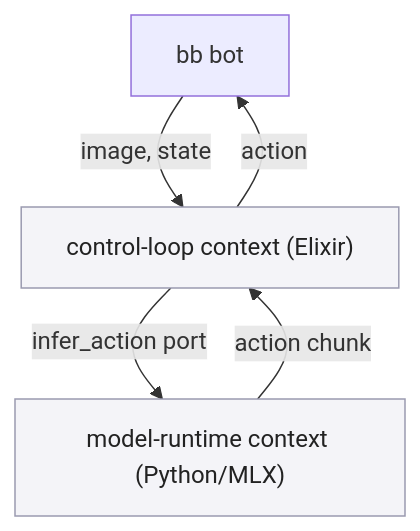
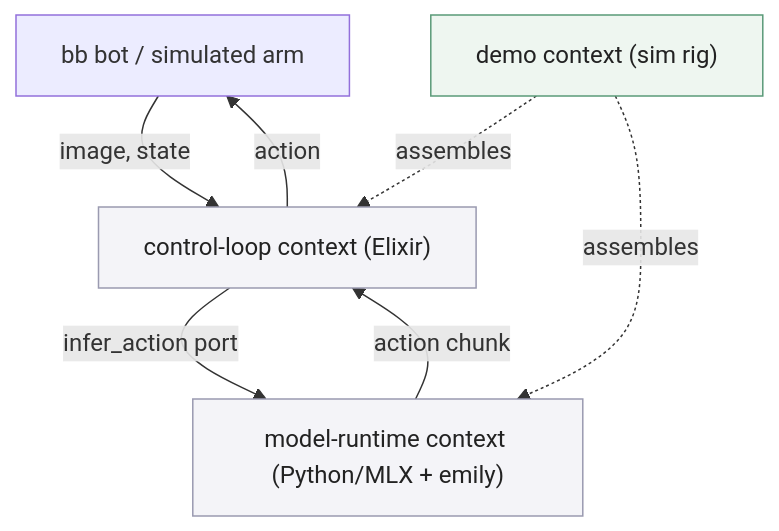
Before and after one commit to lostbean/smolVLA-mlx: the diagram in docs/design/design.md, drawn with Mermaid. The commit also changed other lines of this file and 21 other files, not shown here.

````diff
--- a/docs/design/design.md
+++ b/docs/design/design.md
@@ -185,17 +167,23 @@
 ```mermaid
 graph TD
-    Bot["bb bot"]
+    Bot["bb bot / simulated arm"]
+    Demo["demo context (sim rig)"]
     CL["control-loop context (Elixir)"]
-    MR["model-runtime context (Python/MLX)"]
+    MR["model-runtime context (Python/MLX + emily)"]
 
     Bot -->|image, state| CL
     CL -->|infer_action port| MR
     MR -->|action chunk| CL
     CL -->|action| Bot
+    Demo -.->|assembles| CL
+    Demo -.->|assembles| MR
 
     click CL "control-loop/design.md"
     click MR "model-runtime/design.md"
+    click Demo "demo/design.md"
 
     classDef ctx fill:#f4f4f8,stroke:#9a9ab0,color:#222;
+    classDef demo fill:#eef6f0,stroke:#5a9a78,color:#222;
     class CL,MR ctx;
+    class Demo demo;
 ```
````
